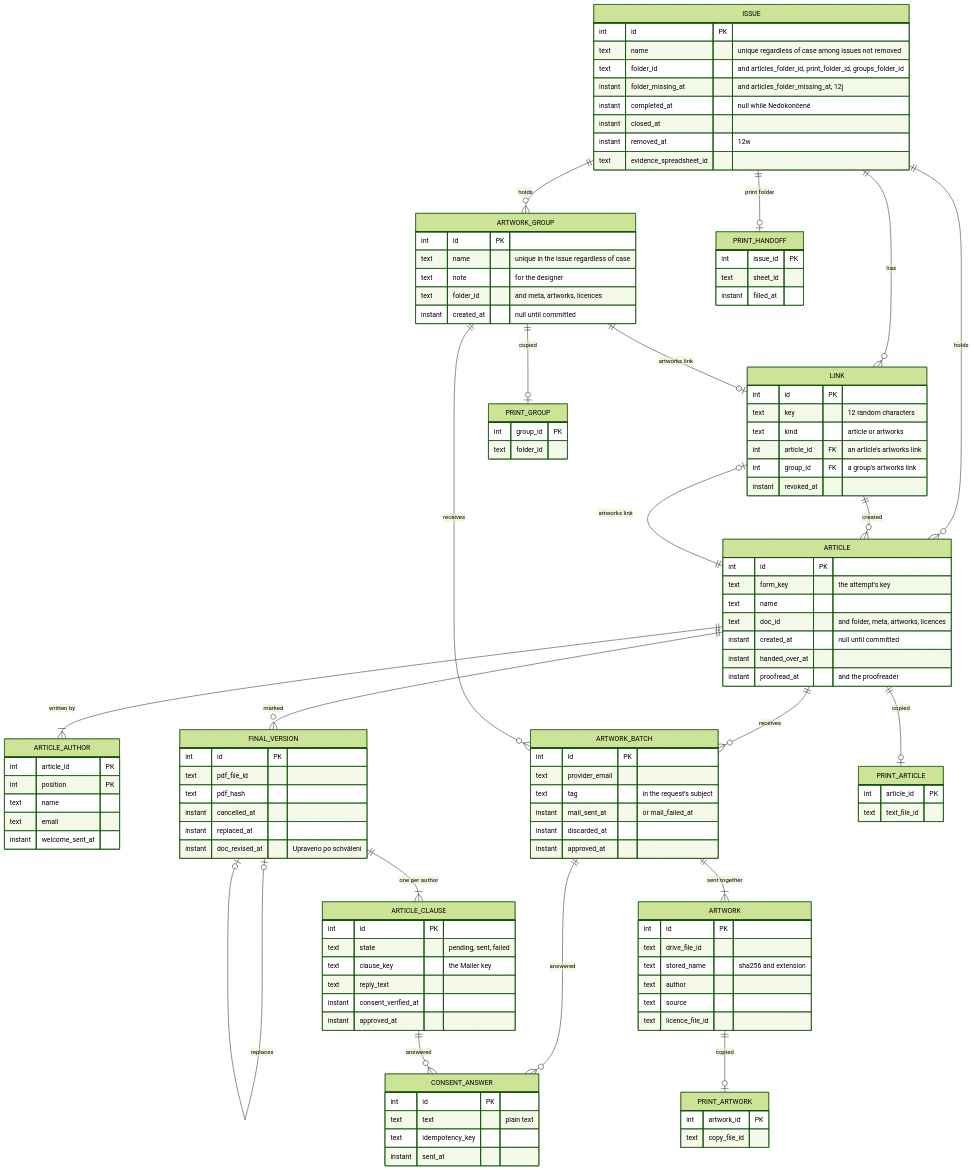
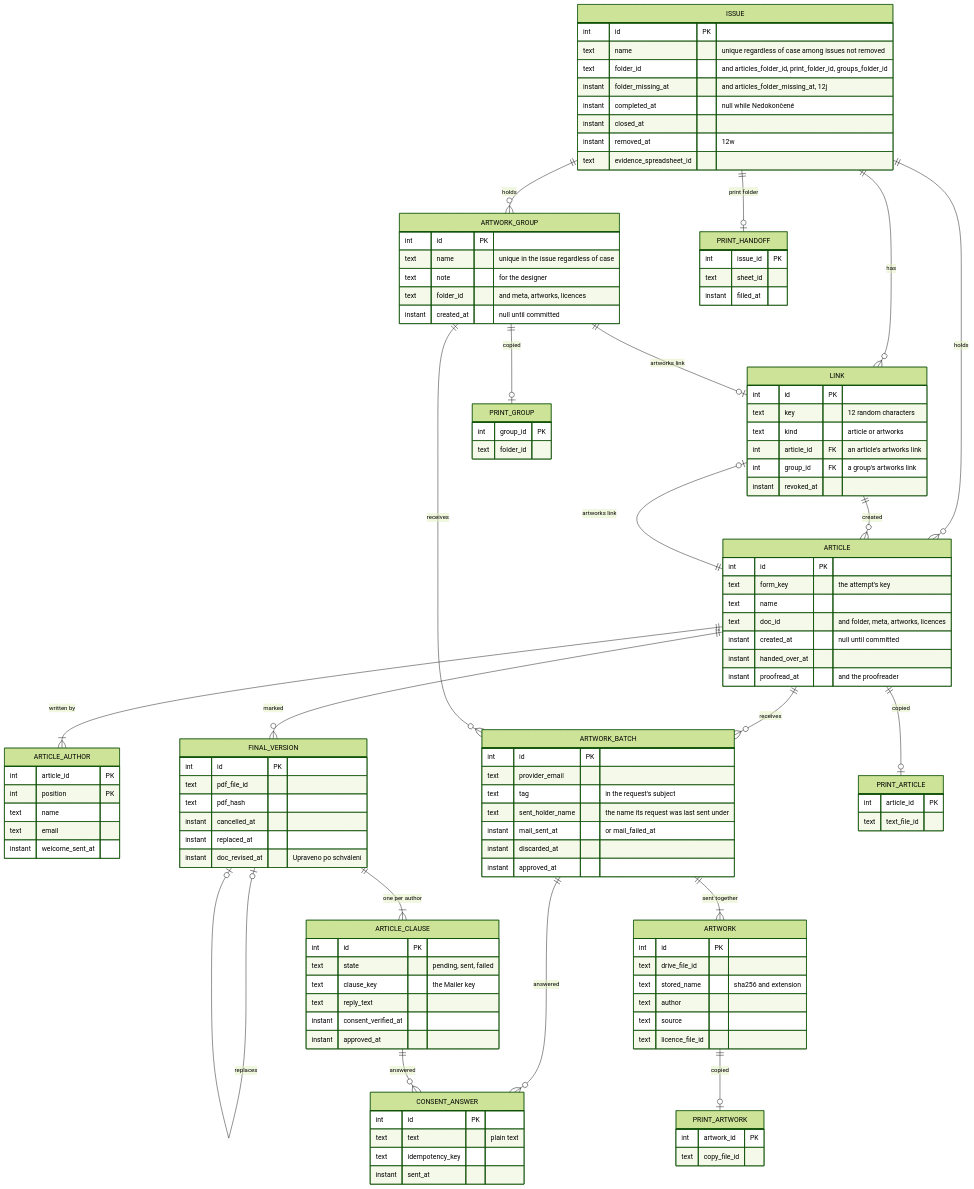
The second of 6 diagrams in docs/architecture.md (vednemesicnik/cz.vednemesicnik.publikace), drawn with Mermaid (forest theme) before and after one commit. The commit also changed other lines of this file and 35 other files, not shown here.

```diff
--- a/docs/architecture.md
+++ b/docs/architecture.md
@@ -161,6 +161,7 @@
     int id PK
     text provider_email
     text tag "in the request's subject"
+    text sent_holder_name "the name its request was last sent under"
     instant mail_sent_at "or mail_failed_at"
     instant discarded_at
     instant approved_at
```
